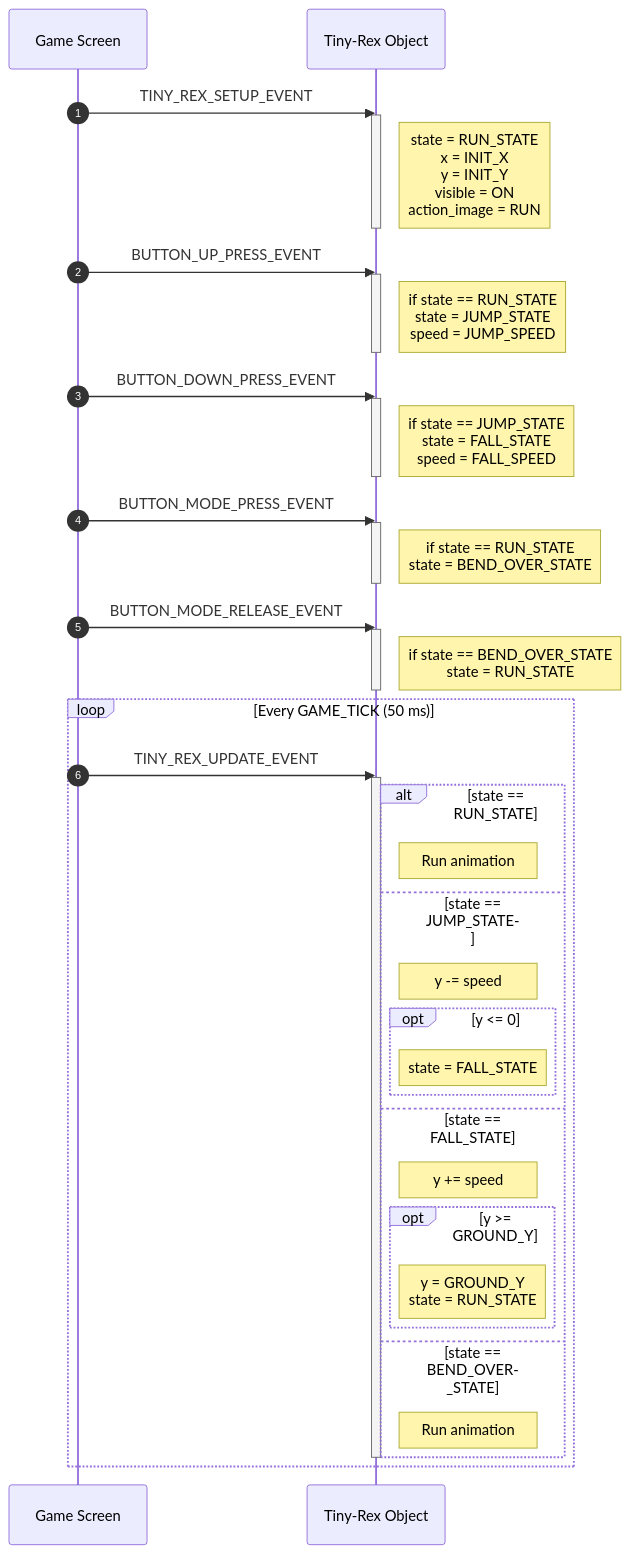
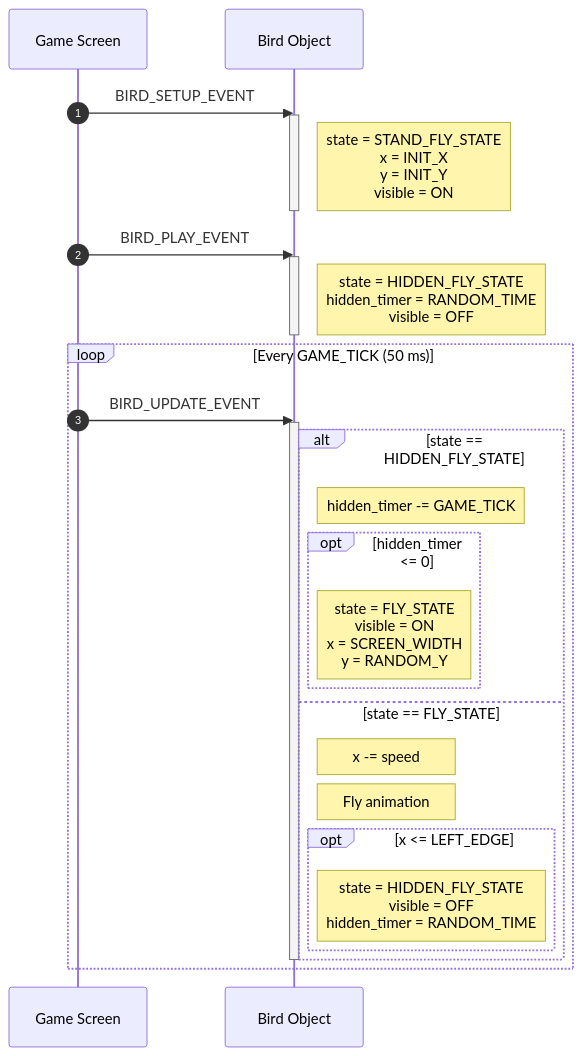
One commit to truongvanvuembedded/Tiny-Rex changed the third of 3 diagrams in README.md. Above: the diagram before and after it, drawn with Mermaid. The commit also changed 5 other files, not shown here.

Commit message:
refactor(bird): update bird object events and states for improved gameplay

`````diff
--- a/README.md
+++ b/README.md
@@ -282,76 +282,49 @@
 ```mermaid
 sequenceDiagram
     autonumber
 
     participant Scr as Game Screen
-    participant Rex as Tiny-Rex Object
+    participant Bird as Bird Object
 
     %%========================
     %% Setup
     %%========================
-    Scr->>Rex: TINY_REX_SETUP_EVENT
-    activate Rex
-    Note right of Rex: state = RUN_STATE<br/>x = INIT_X<br/>y = INIT_Y<br/>visible = ON<br/>action_image = RUN
-    deactivate Rex
+    Scr->>Bird: BIRD_SETUP_EVENT
+    activate Bird
+    Note right of Bird: state = STAND_FLY_STATE<br/>x = INIT_X<br/>y = INIT_Y<br/>visible = ON
+    deactivate Bird
 
     %%========================
-    %% Up Button
+    %% Play
     %%========================
-    Scr->>Rex: BUTTON_UP_PRESS_EVENT
-    activate Rex
-    Note right of Rex: if state == RUN_STATE<br/>state = JUMP_STATE<br/>speed = JUMP_SPEED
-    deactivate Rex
-
-    %%========================
-    %% Down Button
-    %%========================
-    Scr->>Rex: BUTTON_DOWN_PRESS_EVENT
-    activate Rex
-    Note right of Rex: if state == JUMP_STATE<br/>state = FALL_STATE<br/>speed = FALL_SPEED
-    deactivate Rex
-
-    %%========================
-    %% Mode Button
-    %%========================
-    Scr->>Rex: BUTTON_MODE_PRESS_EVENT
-    activate Rex
-    Note right of Rex: if state == RUN_STATE<br/>state = BEND_OVER_STATE
-    deactivate Rex
-
-    %%========================
-    %% Release Button
-    %%========================
-    Scr->>Rex: BUTTON_MODE_RELEASE_EVENT
-    activate Rex
-    Note right of Rex: if state == BEND_OVER_STATE<br/>state = RUN_STATE
-    deactivate Rex
+    Scr->>Bird: BIRD_PLAY_EVENT
+    activate Bird
+    Note right of Bird: state = HIDDEN_FLY_STATE<br/>hidden_timer = RANDOM_TIME<br/>visible = OFF
+    deactivate Bird
 
     %%========================
     %% Game Tick
     %%========================
     loop Every GAME_TICK (50 ms)
 
-        Scr->>Rex: TINY_REX_UPDATE_EVENT
+        Scr->>Bird: BIRD_UPDATE_EVENT
 
-        activate Rex
+        activate Bird
 
-        alt state == RUN_STATE
-            Note right of Rex: Run animation
-        else state == JUMP_STATE
-            Note right of Rex: y -= speed
-            opt y <= 0
-                Note right of Rex: state = FALL_STATE
+        alt state == HIDDEN_FLY_STATE
+            Note right of Bird: hidden_timer -= GAME_TICK
+            opt hidden_timer <= 0
+                Note right of Bird: state = FLY_STATE<br/>visible = ON<br/>x = SCREEN_WIDTH<br/>y = RANDOM_Y
             end
-        else state == FALL_STATE
-            Note right of Rex: y += speed
-            opt y >= GROUND_Y
-                Note right of Rex: y = GROUND_Y<br/>state = RUN_STATE
+        else state == FLY_STATE
+            Note right of Bird: x -= speed
+            Note right of Bird: Fly animation
+            opt x <= LEFT_EDGE
+                Note right of Bird: state = HIDDEN_FLY_STATE<br/>visible = OFF<br/>hidden_timer = RANDOM_TIME
             end
-        else state == BEND_OVER_STATE
-            Note right of Rex: Run animation
         end
 
-        deactivate Rex
+        deactivate Bird
 
     end
-```
+````
`````
